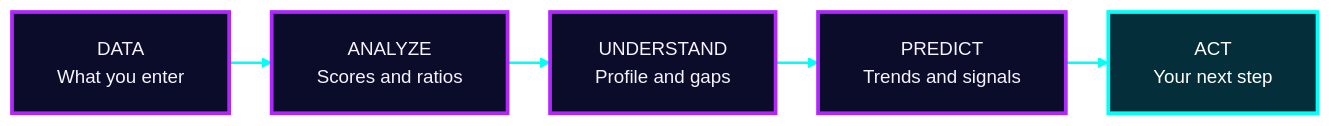
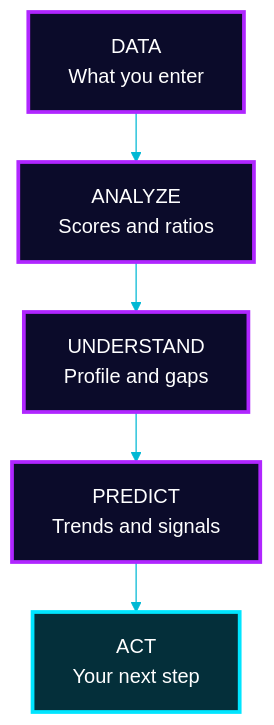
The first of 17 diagrams in README.md (Mansi232323/MANSHORA), drawn with Mermaid before and after one commit. The commit also changed other lines of this file, not shown here.

````diff
--- a/README.md
+++ b/README.md
@@ -63,13 +63,12 @@
 ```mermaid
-%%{init: {'theme':'base','themeVariables':{'fontSize':'15px','fontFamily':'Arial, Helvetica, sans-serif','primaryColor':'#0b0b2a','primaryTextColor':'#f5f3ff','primaryBorderColor':'#b026ff','lineColor':'#00fff7','textColor':'#f5f3ff','edgeLabelBackground':'#0b0b2a'},'flowchart':{'htmlLabels':false,'nodeSpacing':28,'rankSpacing':34,'padding':18,'curve':'linear'}}}%%
-flowchart LR
+%%{init: {'theme':'base','themeVariables':{'fontSize':'16px','fontFamily':'Arial, Helvetica, sans-serif','primaryColor':'#0b0b2a','primaryTextColor':'#ffffff','primaryBorderColor':'#b026ff','lineColor':'#00b8d4','textColor':'#ffffff','edgeLabelBackground':'#0b0b2a'},'flowchart':{'htmlLabels':true,'nodeSpacing':30,'rankSpacing':40,'padding':16,'curve':'basis','wrappingWidth':240,'useMaxWidth':true}}}%%
+flowchart TB
     A["DATA<br/>What you enter"] --> B["ANALYZE<br/>Scores and ratios"]
     B --> C["UNDERSTAND<br/>Profile and gaps"]
     C --> D["PREDICT<br/>Trends and signals"]
     D --> E["ACT<br/>Your next step"]
-    classDef step fill:#0b0b2a,stroke:#b026ff,stroke-width:3px,color:#f5f3ff
-    classDef goal fill:#042f3a,stroke:#00fff7,stroke-width:3px,color:#ffffff
+    classDef step fill:#0b0b2a,stroke:#b026ff,stroke-width:3px,color:#ffffff
+    classDef goal fill:#042f3a,stroke:#00e5ff,stroke-width:3px,color:#ffffff
     class A,B,C,D step
     class E goal
-    linkStyle default fill:none,stroke:#00fff7,stroke-width:2px
 ```
````
